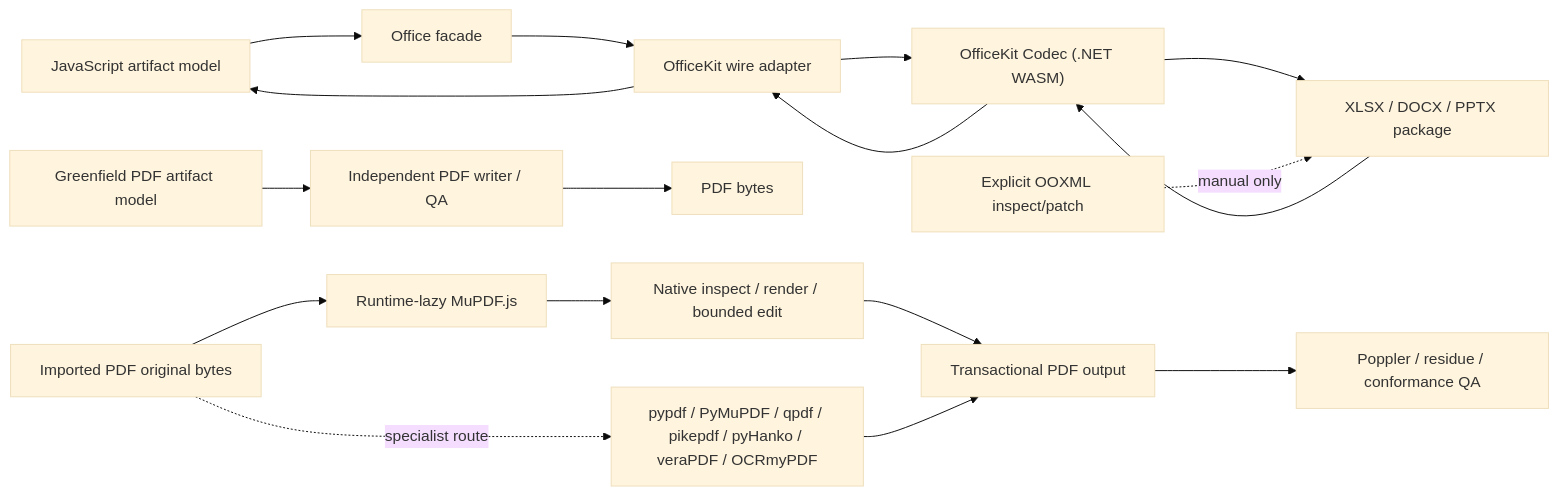
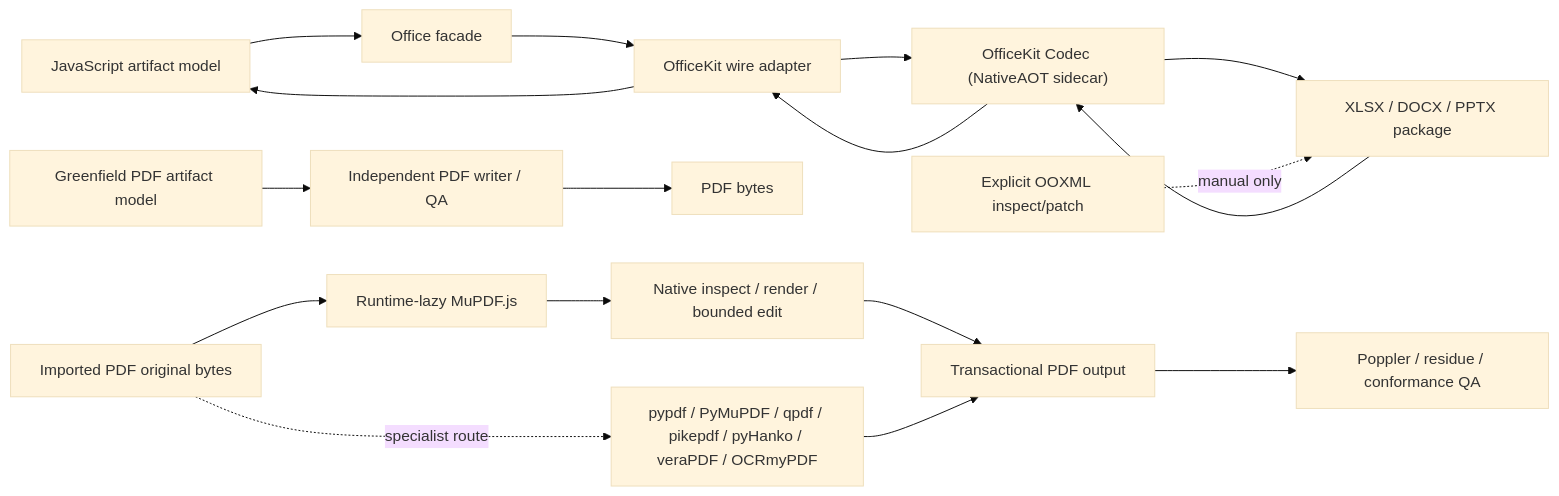
One commit to w31r4/OfficeKit changed the diagram in docs/reference-runtime-architecture.md. Above: the diagram before and after it, drawn with Mermaid (base theme). The commit also changed other lines of this file and 14 other files, not shown here.

Commit message:
docs(codec): document NativeAOT runtime boundary

````diff
--- a/docs/reference-runtime-architecture.md
+++ b/docs/reference-runtime-architecture.md
@@ -10,21 +10,21 @@
 ```mermaid
 flowchart LR
   A["JavaScript artifact model"] --> B["Office facade"]
   B --> C["OfficeKit wire adapter"]
-  C --> D["OfficeKit Codec (.NET WASM)"]
+  C --> D["OfficeKit Codec (NativeAOT sidecar)"]
   D --> E["XLSX / DOCX / PPTX package"]
   E --> D
   D --> C
   C --> A
 
   P["Greenfield PDF artifact model"] --> Q["Independent PDF writer / QA"]
   Q --> R["PDF bytes"]
   S["Imported PDF original bytes"] --> T["Runtime-lazy MuPDF.js"]
   T --> U["Native inspect / render / bounded edit"]
   S -. "specialist route" .-> X["pypdf / PyMuPDF / qpdf / pikepdf / pyHanko / veraPDF / OCRmyPDF"]
   U --> V["Transactional PDF output"]
   X --> V
   V --> W["Poppler / residue / conformance QA"]
 
   I["Explicit OOXML inspect/patch"] -. "manual only" .-> E
 ```
````
